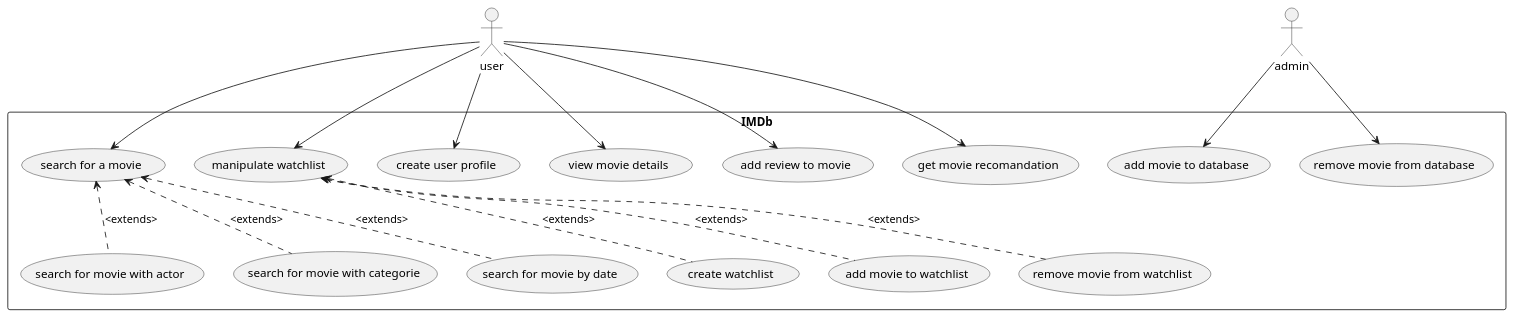
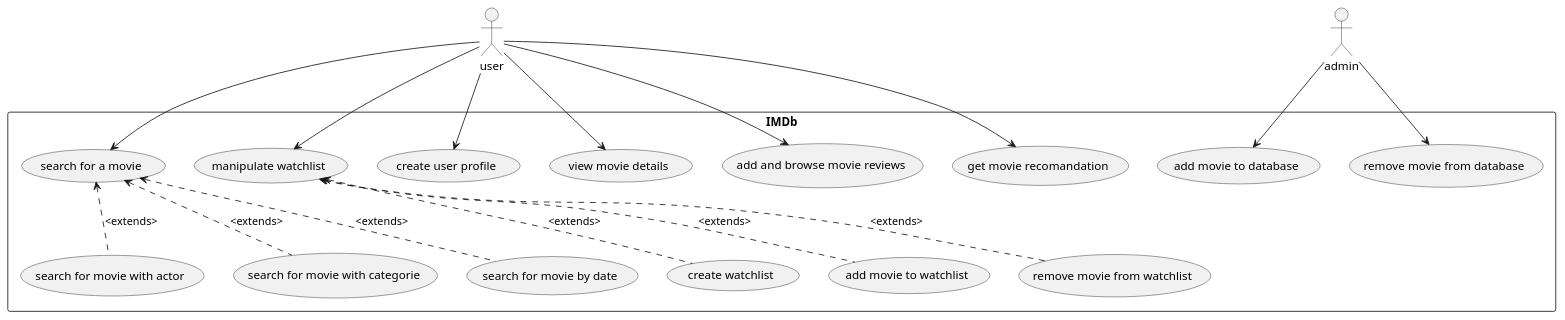
One commit to bilboque/MOOVIE_RECOMMENDER changed the diagram in checkpoint1/usecase.puml. Above: the diagram before and after it, drawn with PlantUML.

Commit message:
mod usecase review

```diff
--- a/checkpoint1/usecase.puml
+++ b/checkpoint1/usecase.puml
@@ -1,42 +1,42 @@
 @startuml
 
 actor user as usr
 actor admin
 
 rectangle IMDb {
     usecase "manipulate watchlist"              as wlist
     usecase "create watchlist"                  as n_watchlist
     usecase "add movie to watchlist"            as add_watchlist
     usecase "remove movie from watchlist"       as rm_watchlist
     usecase "create user profile"               as n_up
 
     usecase "search for a movie"                as s_movie
     usecase "search for movie with actor"       as s_actor    
     usecase "search for movie with categorie"   as s_categ
     usecase "search for movie by date"          as s_date
 
     usecase "view movie details"                as v_movie
-    usecase "add review to movie"               as add_review
+    usecase "add and browse movie reviews"      as add_review
 
     usecase "get movie recomandation"           as recomm
 
     usecase "add movie to database"             as add_db
     usecase "remove movie from database"        as rm_db
 }
 
 usr --> (wlist)
 (n_watchlist)  -u-> (wlist) #line.dashed : <extends>
 (add_watchlist)-u-> (wlist) #line.dashed : <extends>
 (rm_watchlist) -u-> (wlist) #line.dashed : <extends>
 usr --> (n_up)
 usr --> (s_movie)
 (s_actor) -u-> (s_movie) #line.dashed : <extends>
 (s_categ) -u-> (s_movie) #line.dashed : <extends>
 (s_date) -u-> (s_movie)  #line.dashed : <extends>
 usr --> (v_movie)
 usr --> (add_review)
 usr --> (recomm)
 admin --> (add_db)
 admin --> (rm_db)
 
 @enduml
```
